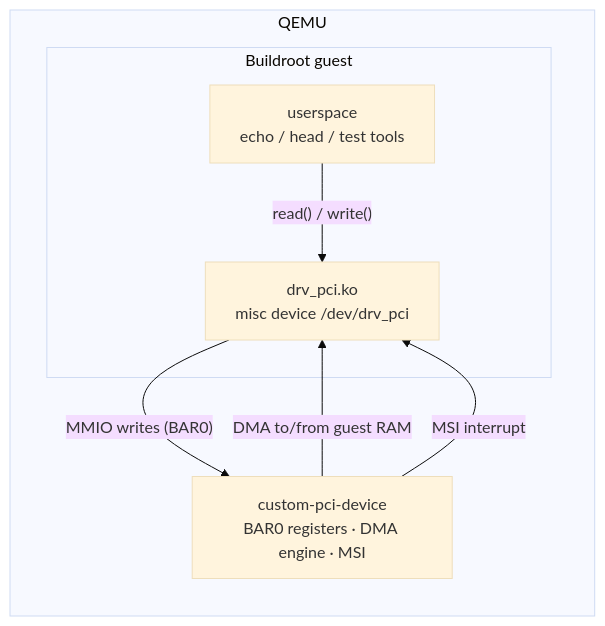
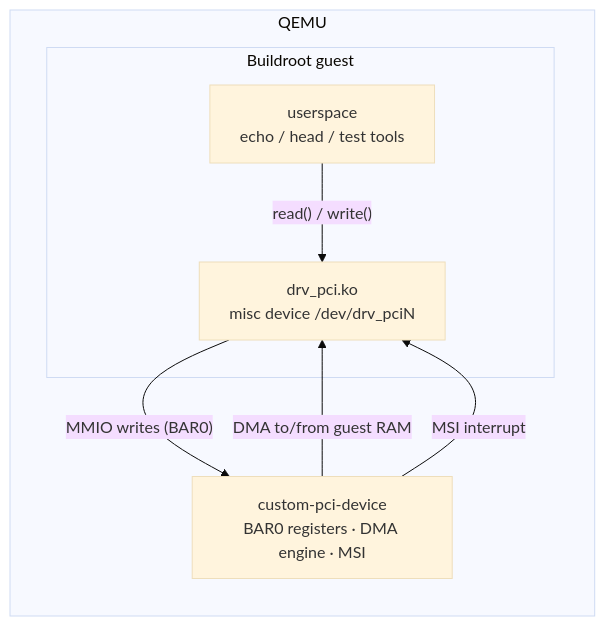
The diagram in docs/pci-dma.md (valentinfreund/custom-pci-qemu), drawn with Mermaid (base theme) before and after one commit. The commit also changed other lines of this file and 1 other file, not shown here.

First line of the commit message:
pci-dma: support multiple devices

````diff
--- a/docs/pci-dma.md
+++ b/docs/pci-dma.md
@@ -13,14 +13,14 @@
 ```mermaid
 flowchart LR
     subgraph QEMU["QEMU"]
         DEV["custom-pci-device<br/>BAR0 registers · DMA engine · MSI"]
         subgraph Guest["Buildroot guest"]
             APP["userspace<br/>echo / head / test tools"]
-            DRV["drv_pci.ko<br/>misc device /dev/drv_pci"]
+            DRV["drv_pci.ko<br/>misc device /dev/drv_pciN"]
         end
     end
     APP -- "read() / write()" --> DRV
     DRV -- "MMIO writes (BAR0)" --> DEV
     DEV -- "DMA to/from guest RAM" --> DRV
     DEV -- "MSI interrupt" --> DRV
 ```
````
